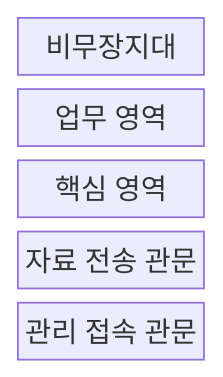
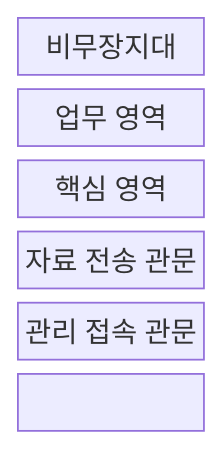
One commit to agnusdei1207/knowledge-base changed the first of 2 diagrams in src/content/docs/notes/04-network/088_network_separation.md. Above: the diagram before and after it, drawn with Mermaid. The commit also changed other lines of this file and 122 other files, not shown here.

````diff
--- a/src/content/docs/notes/04-network/088_network_separation.md
+++ b/src/content/docs/notes/04-network/088_network_separation.md
@@ -52,9 +52,11 @@
 ```mermaid
 block-beta
     columns 1
     DMZ["비무장지대"]
     WORK["업무 영역"]
     CORE["핵심 영역"]
     DATA["자료 전송 관문"]
     ADMIN["관리 접속 관문"]
+    DMZ --- WORK --- CORE
+    CORE --- DATA --- ADMIN
 ```
````
